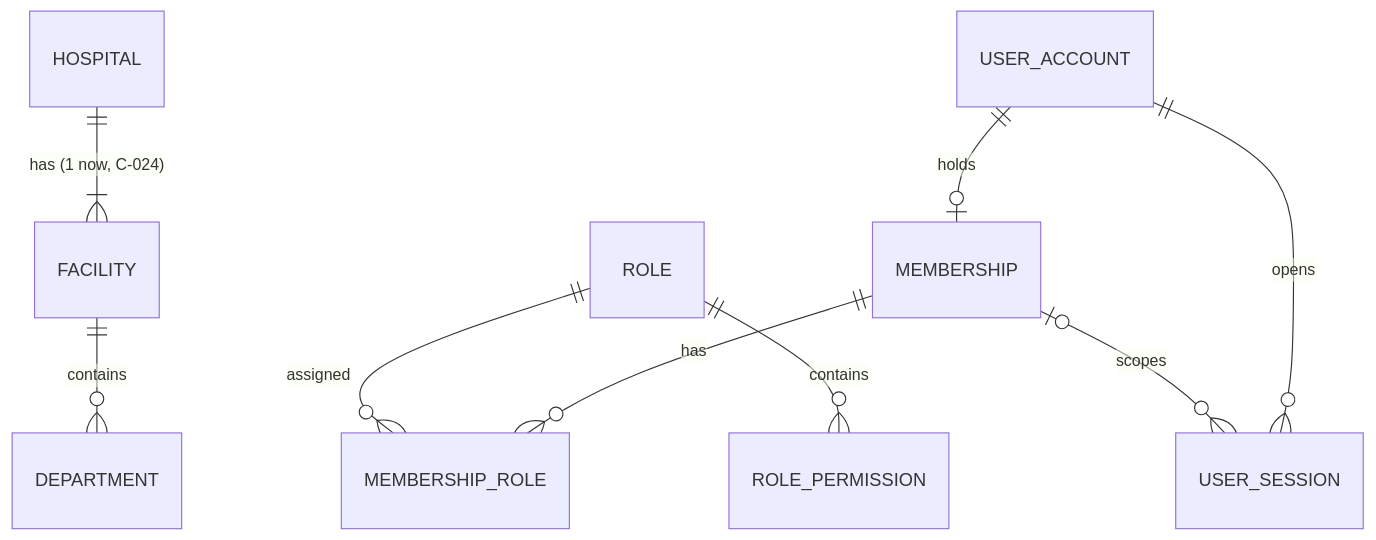
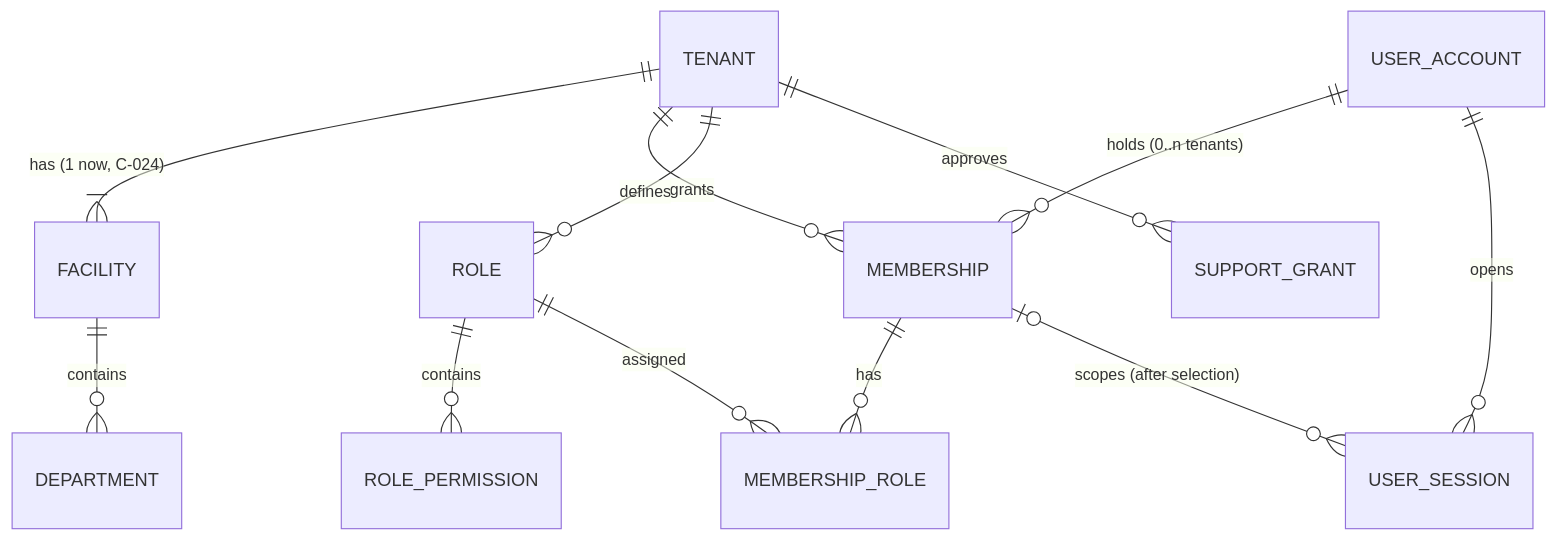
One commit to NOMAN1802/HMS-SaaS changed the first of 4 diagrams in docs/planning/docs/E-database-design.md. Above: the diagram before and after it, drawn with Mermaid. The commit also changed other lines of this file and 77 other files, not shown here.

````diff
--- a/docs/planning/docs/E-database-design.md
+++ b/docs/planning/docs/E-database-design.md
@@ -57,11 +57,14 @@
 ```mermaid
 erDiagram
-  HOSPITAL ||--|{ FACILITY : "has (1 now, C-024)"
-  USER_ACCOUNT ||--o| MEMBERSHIP : holds
+  TENANT ||--|{ FACILITY : "has (1 now, C-024)"
+  TENANT ||--o{ MEMBERSHIP : grants
+  USER_ACCOUNT ||--o{ MEMBERSHIP : "holds (0..n tenants)"
+  TENANT ||--o{ ROLE : defines
   ROLE ||--o{ ROLE_PERMISSION : contains
   MEMBERSHIP ||--o{ MEMBERSHIP_ROLE : has
   ROLE ||--o{ MEMBERSHIP_ROLE : assigned
   USER_ACCOUNT ||--o{ USER_SESSION : opens
-  MEMBERSHIP |o--o{ USER_SESSION : scopes
+  MEMBERSHIP |o--o{ USER_SESSION : "scopes (after selection)"
+  TENANT ||--o{ SUPPORT_GRANT : approves
   FACILITY ||--o{ DEPARTMENT : contains
 ```
````
